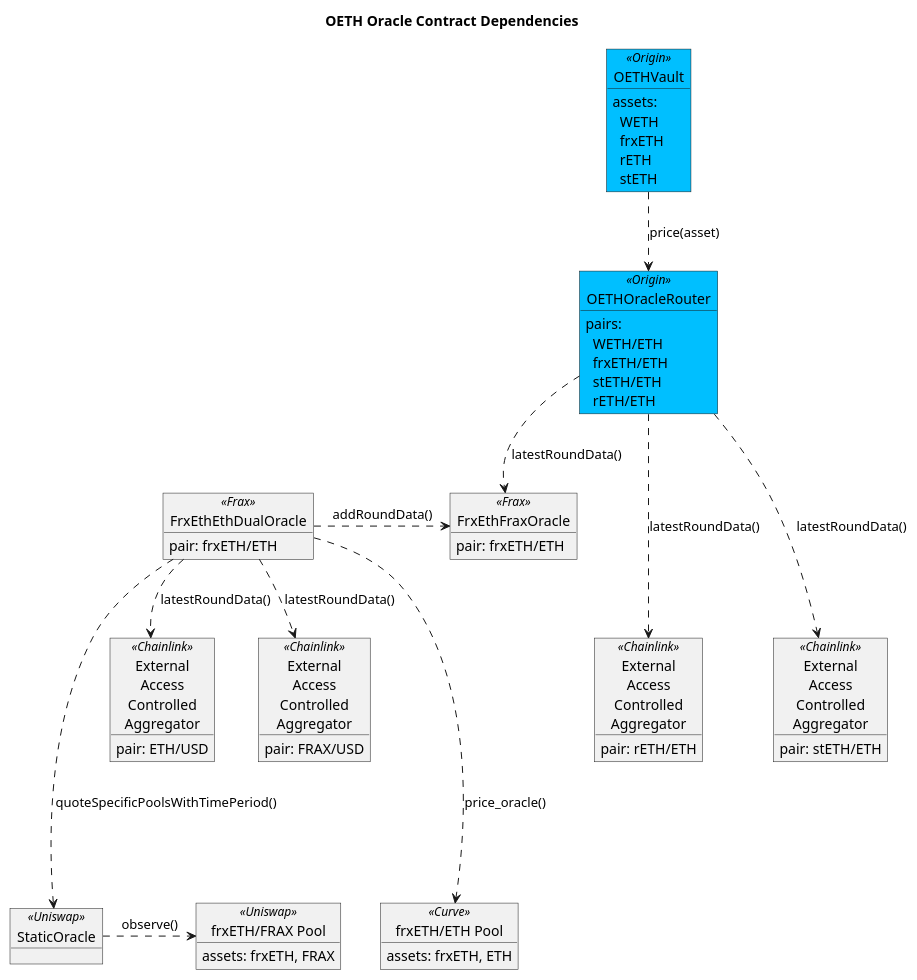
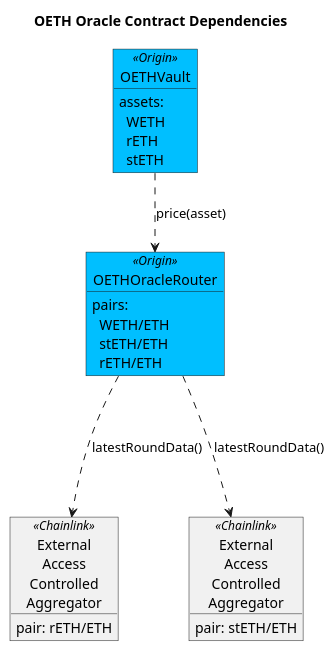
The diagram in contracts/docs/plantuml/oethOracles.puml (OriginProtocol/origin-dollar), drawn with PlantUML before and after one commit. The commit also changed 3 other files, not shown here.

Commit message:
Updated OETH contract Oracle diagrams

```diff
--- a/contracts/docs/plantuml/oethOracles.puml
+++ b/contracts/docs/plantuml/oethOracles.puml
@@ -1,70 +1,70 @@
 @startuml
 
 skinparam tabSize 2
 
 title "OETH Oracle Contract Dependencies"
 
 object "OETHVault" as vault <<Origin>> #DeepSkyBlue {
 assets:
     \tWETH
-    \tfrxETH
+    ' \tfrxETH
     \trETH
     \tstETH
 }
 
 object "OETHOracleRouter" as router <<Origin>> #DeepSkyBlue {
 pairs:
     \tWETH/ETH
-    \tfrxETH/ETH
+    ' \tfrxETH/ETH
     \tstETH/ETH
     \trETH/ETH
 }
 
-object "FrxEthFraxOracle" as fo <<Frax>> {
-pair: frxETH/ETH
-}
+' object "FrxEthFraxOracle" as fo <<Frax>> {
+' pair: frxETH/ETH
+' }
 
-object "FrxEthEthDualOracle" as fdo <<Frax>> {
-pair: frxETH/ETH
-}
+' object "FrxEthEthDualOracle" as fdo <<Frax>> {
+' pair: frxETH/ETH
+' }
 
 object "External\nAccess\nControlled\nAggregator" as clrETH <<Chainlink>> {
 pair: rETH/ETH
 }
 
 object "External\nAccess\nControlled\nAggregator" as clstETH <<Chainlink>> {
 pair: stETH/ETH
 }
 
-object "External\nAccess\nControlled\nAggregator" as cleth <<Chainlink>> {
-pair: ETH/USD
-}
+' object "External\nAccess\nControlled\nAggregator" as cleth <<Chainlink>> {
+' pair: ETH/USD
+' }
 
-object "External\nAccess\nControlled\nAggregator" as clfrax <<Chainlink>> {
-pair: FRAX/USD
-}
+' object "External\nAccess\nControlled\nAggregator" as clfrax <<Chainlink>> {
+' pair: FRAX/USD
+' }
 
-object "frxETH/ETH Pool" as cp <<Curve>> {
-assets: frxETH, ETH
-}
+' object "frxETH/ETH Pool" as cp <<Curve>> {
+' assets: frxETH, ETH
+' }
 
-object "StaticOracle" as uso <<Uniswap>> {
-}
+' object "StaticOracle" as uso <<Uniswap>> {
+' }
 
-object "frxETH/FRAX Pool" as up <<Uniswap>> {
-    assets: frxETH, FRAX
-}
+' object "frxETH/FRAX Pool" as up <<Uniswap>> {
+'     assets: frxETH, FRAX
+' }
 
 
 vault ..> router : price(asset)
 router ...> clrETH : latestRoundData()
 router ...> clstETH : latestRoundData()
-router ..> fo : latestRoundData()
-fdo .> fo : addRoundData()
-fdo ....> cp : price_oracle()
-fdo ....> uso : quoteSpecificPoolsWithTimePeriod()
-uso .> up : observe()
-fdo ..> cleth : latestRoundData()
-fdo ..> clfrax : latestRoundData()
+' router ..> fo : latestRoundData()
+' fdo .> fo : addRoundData()
+' fdo ....> cp : price_oracle()
+' fdo ....> uso : quoteSpecificPoolsWithTimePeriod()
+' uso .> up : observe()
+' fdo ..> cleth : latestRoundData()
+' fdo ..> clfrax : latestRoundData()
 
 @enduml
```
